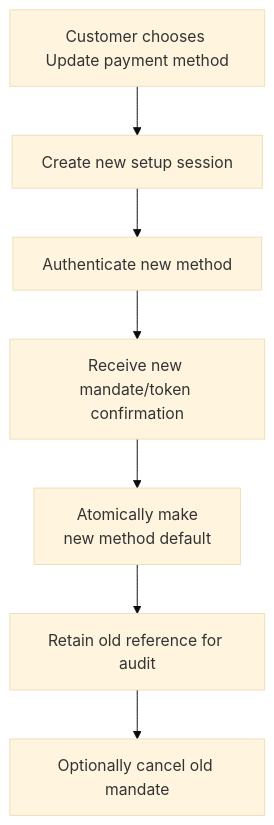
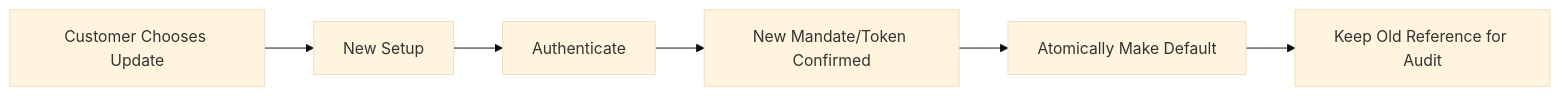
Diagram 12 of 14 in src/content/payments/mandates-recurring.md (AvadhBhalodiya/Interview-Preparation), drawn with Mermaid (base theme) before and after one commit. The commit also changed other lines of this file and 54 other files, not shown here.

````diff
--- a/src/content/payments/mandates-recurring.md
+++ b/src/content/payments/mandates-recurring.md
@@ -1016,9 +634,8 @@
 ```mermaid
-flowchart TD
-    CHOOSE["Customer chooses Update payment method"] --> SETUP[Create new setup session]
-    SETUP --> AUTH[Authenticate new method]
-    AUTH --> CONF["Receive new mandate/token confirmation"]
-    CONF --> DEFAULT[Atomically make<br/>new method default]
-    DEFAULT --> KEEPOLD[Retain old reference for audit]
-    KEEPOLD --> OLDMANDATE[Optionally cancel old mandate]
+flowchart LR
+    C[Customer Chooses Update] --> S[New Setup]
+    S --> A[Authenticate]
+    A --> M[New Mandate/Token Confirmed]
+    M --> D[Atomically Make Default]
+    D --> H[Keep Old Reference for Audit]
 ```
````
